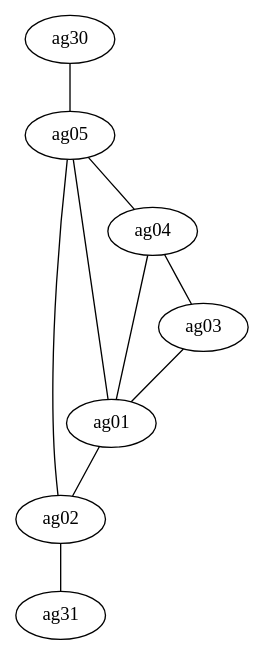
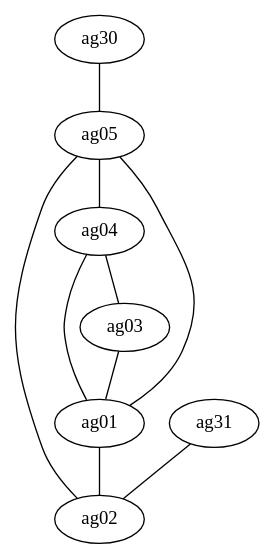
Before and after one commit to tloehr/rlgcommander: the diagram in src/main/resources/examples/lattice.dot, drawn with Graphviz. The commit also changed 11 other files, not shown here.

```diff
--- a/src/main/resources/examples/lattice.dot
+++ b/src/main/resources/examples/lattice.dot
@@ -1,11 +1,11 @@
 graph D {
+    ag01 -- ag02
+    ag03 -- ag01
+    ag04 -- ag01
+    ag04 -- ag03
+    ag05 -- ag01
+    ag05 -- ag02
+    ag05 -- ag04
     ag30 -- ag05
-    ag05 -- ag02
-    ag05 -- ag01
-    ag05 -- ag04
-    ag04 -- ag03
-    ag04 -- ag01
-    ag03 -- ag01
-    ag01 -- ag02
-    ag02 -- ag31
+    ag31 -- ag02
 }
```
